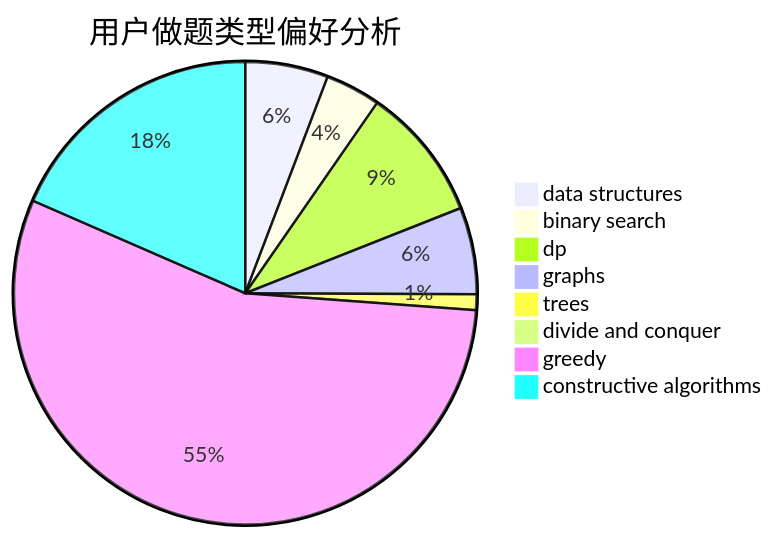
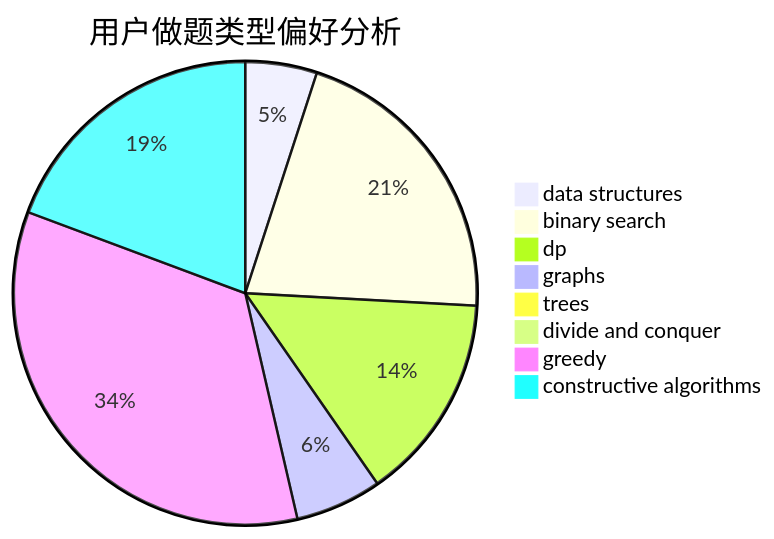
The second of 3 diagrams in docs/user/u764.md (sherpahu/cfrs.github.io), drawn with Mermaid before and after one commit. The commit also changed other lines of this file and 2770 other files, not shown here.

````diff
--- a/docs/user/u764.md
+++ b/docs/user/u764.md
@@ -23,11 +23,11 @@
 ```mermaid
 pie title 用户做题类型偏好分析
-    "data structures" :  21
-    "binary search" :  14
-    "dp" :  34
-    "graphs" :  22
-    "trees" :  4
+    "data structures" :  29
+    "binary search" :  121
+    "dp" :  84
+    "graphs" :  35
+    "trees" :  5
     "divide and conquer" :  0
-    "greedy" :  201
-    "constructive algorithms" :  67
+    "greedy" :  199
+    "constructive algorithms" :  112
 ```
````
